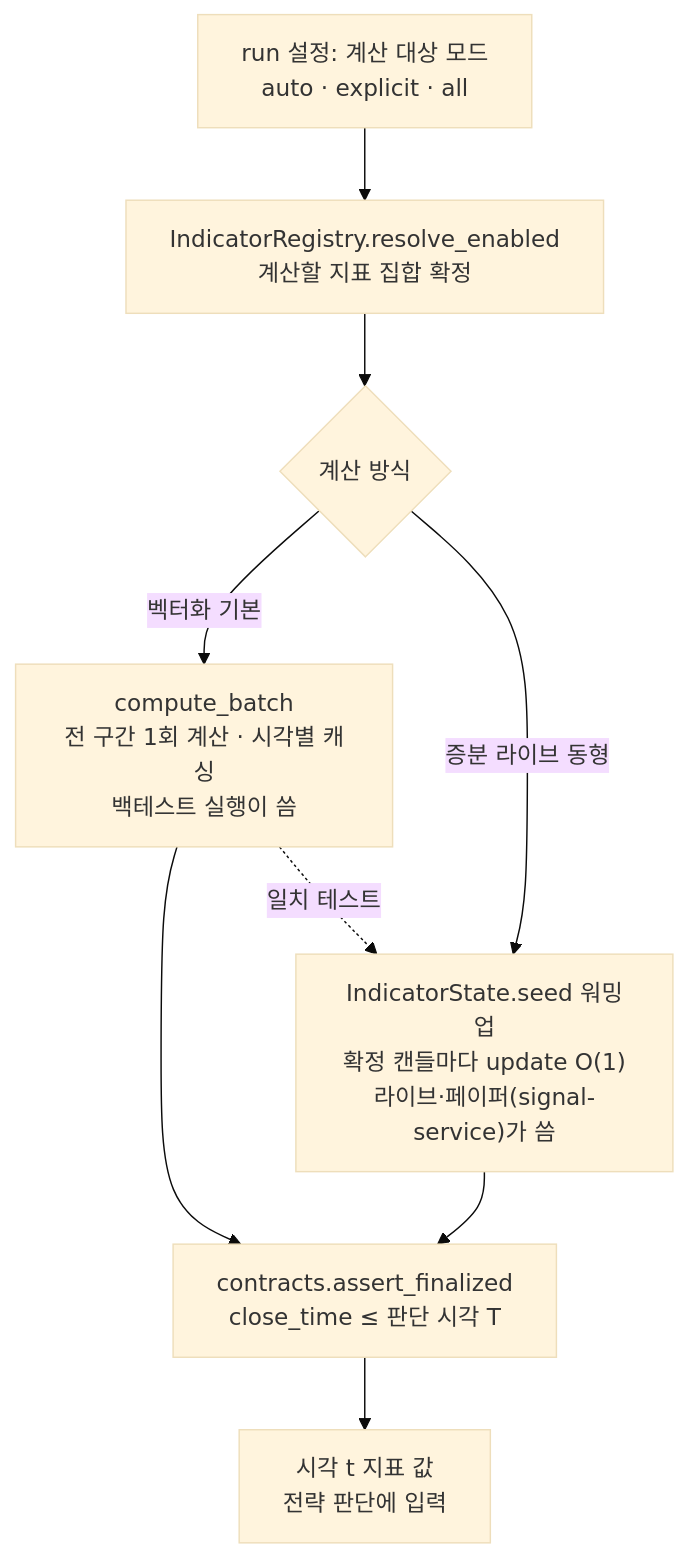
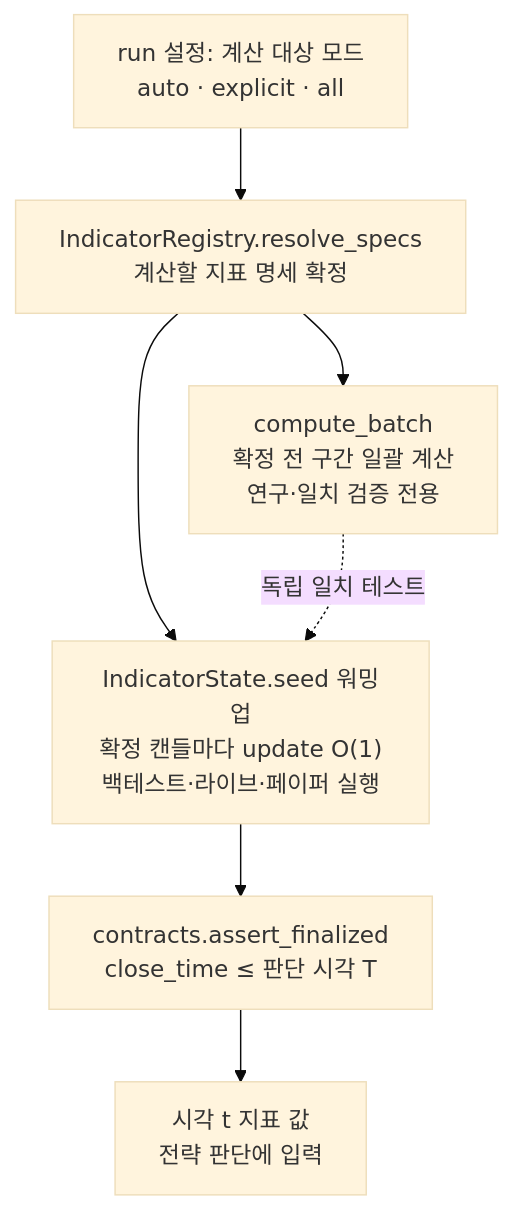
The ninth of 28 diagrams in docs/fullspec/backtest_v2_detailed_design.md (vessel35/trading-system-v2), drawn with Mermaid (base theme) before and after one commit. The commit also changed other lines of this file and 2 other files, not shown here.

Commit message:
docs(design): sync late backtest contracts

````diff
--- a/docs/fullspec/backtest_v2_detailed_design.md
+++ b/docs/fullspec/backtest_v2_detailed_design.md
@@ -1583,11 +1595,9 @@
 ```mermaid
 flowchart TD
-    CFG["run 설정: 계산 대상 모드<br/>auto · explicit · all"] --> RESOLVE["IndicatorRegistry.resolve_enabled<br/>계산할 지표 집합 확정"]
-    RESOLVE --> MODE{"계산 방식"}
-    MODE -->|"벡터화 기본"| VEC["compute_batch<br/>전 구간 1회 계산 · 시각별 캐싱<br/>백테스트 실행이 씀"]
-    MODE -->|"증분 라이브 동형"| INC["IndicatorState.seed 워밍업<br/>확정 캔들마다 update O(1)<br/>라이브·페이퍼(signal-service)가 씀"]
-    VEC --> GATE["contracts.assert_finalized<br/>close_time ≤ 판단 시각 T"]
-    INC --> GATE
+    CFG["run 설정: 계산 대상 모드<br/>auto · explicit · all"] --> RESOLVE["IndicatorRegistry.resolve_specs<br/>계산할 지표 명세 확정"]
+    RESOLVE --> INC["IndicatorState.seed 워밍업<br/>확정 캔들마다 update O(1)<br/>백테스트·라이브·페이퍼 실행"]
+    INC --> GATE["contracts.assert_finalized<br/>close_time ≤ 판단 시각 T"]
     GATE --> OUT["시각 t 지표 값<br/>전략 판단에 입력"]
-    VEC -. 일치 테스트 .-> INC
+    RESOLVE --> VEC["compute_batch<br/>확정 전 구간 일괄 계산<br/>연구·일치 검증 전용"]
+    VEC -. 독립 일치 테스트 .-> INC
 ```
````
